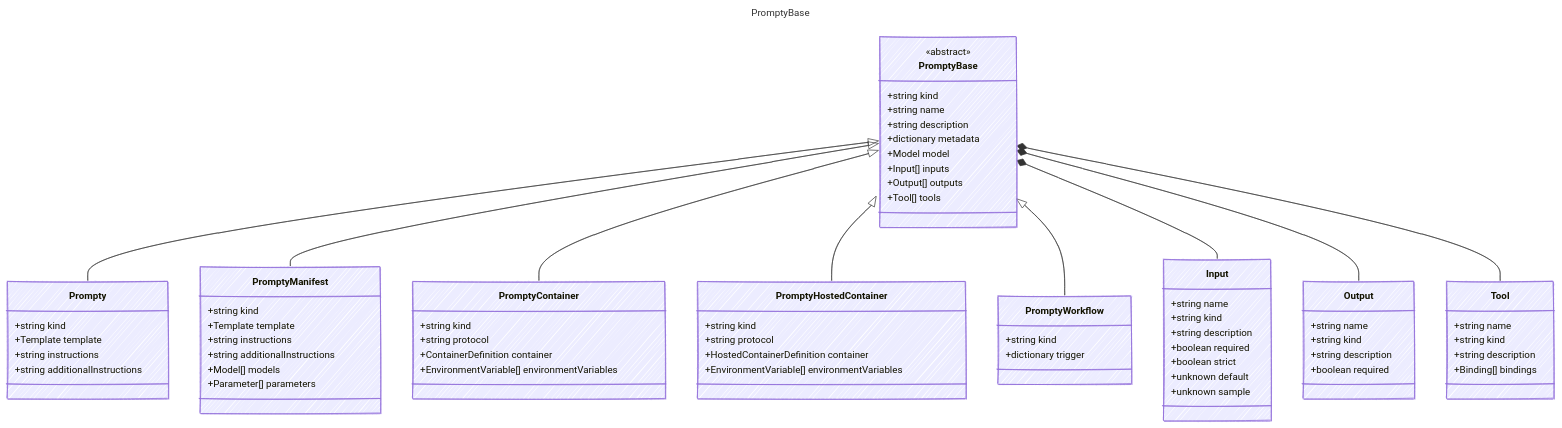
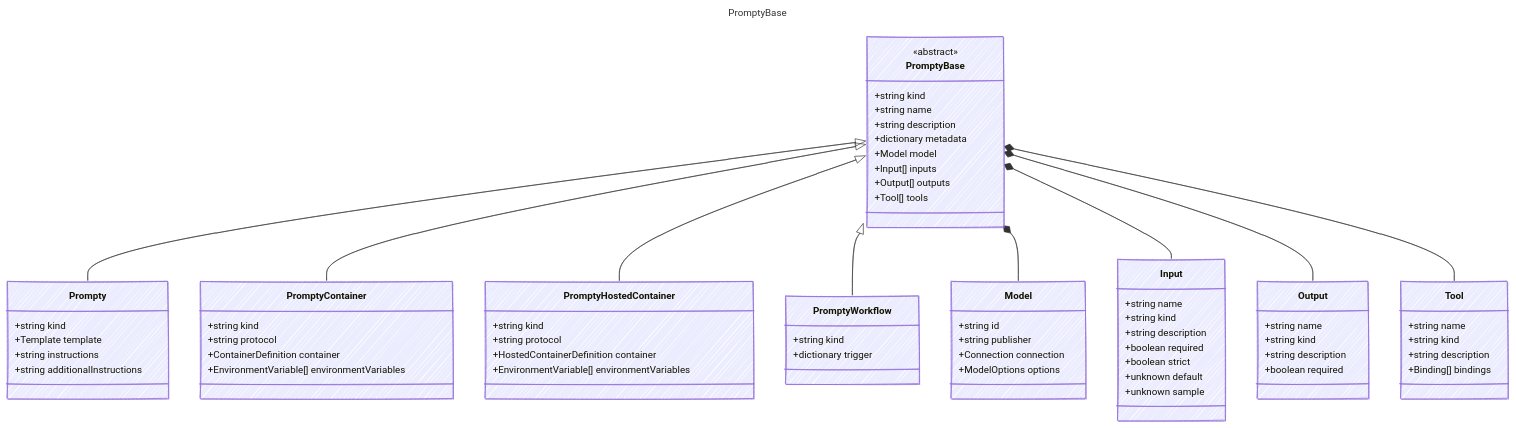
The diagram in specification/prompty/docs/PromptyBase.md (microsoft/prompty), drawn with Mermaid before and after one commit. The commit also changed other lines of this file and 19 other files, not shown here.

````diff
--- a/specification/prompty/docs/PromptyBase.md
+++ b/specification/prompty/docs/PromptyBase.md
@@ -10,81 +10,79 @@
 ```mermaid
 ---
 title: PromptyBase
 config:
   look: handDrawn
   theme: colorful
   class:
     hideEmptyMembersBox: true
 ---
 classDiagram
     class PromptyBase {
       <<abstract>>
         +string kind
         +string name
         +string description
         +dictionary metadata
         +Model model
         +Input[] inputs
         +Output[] outputs
         +Tool[] tools
     }
     class Prompty {
         +string kind
         +Template template
         +string instructions
         +string additionalInstructions
     }
     PromptyBase <|-- Prompty
-    class PromptyManifest {
-        +string kind
-        +Template template
-        +string instructions
-        +string additionalInstructions
-        +Model[] models
-        +Parameter[] parameters
-    }
-    PromptyBase <|-- PromptyManifest
     class PromptyContainer {
         +string kind
         +string protocol
         +ContainerDefinition container
         +EnvironmentVariable[] environmentVariables
     }
     PromptyBase <|-- PromptyContainer
     class PromptyHostedContainer {
         +string kind
         +string protocol
         +HostedContainerDefinition container
         +EnvironmentVariable[] environmentVariables
     }
     PromptyBase <|-- PromptyHostedContainer
     class PromptyWorkflow {
         +string kind
         +dictionary trigger
     }
     PromptyBase <|-- PromptyWorkflow
+    class Model {
+        +string id
+        +string publisher
+        +Connection connection
+        +ModelOptions options
+    }
+    PromptyBase *-- Model
     class Input {
         +string name
         +string kind
         +string description
         +boolean required
         +boolean strict
         +unknown default
         +unknown sample
     }
     PromptyBase *-- Input
     class Output {
         +string name
         +string kind
         +string description
         +boolean required
     }
     PromptyBase *-- Output
     class Tool {
         +string name
         +string kind
         +string description
         +Binding[] bindings
     }
     PromptyBase *-- Tool
 ```
````
